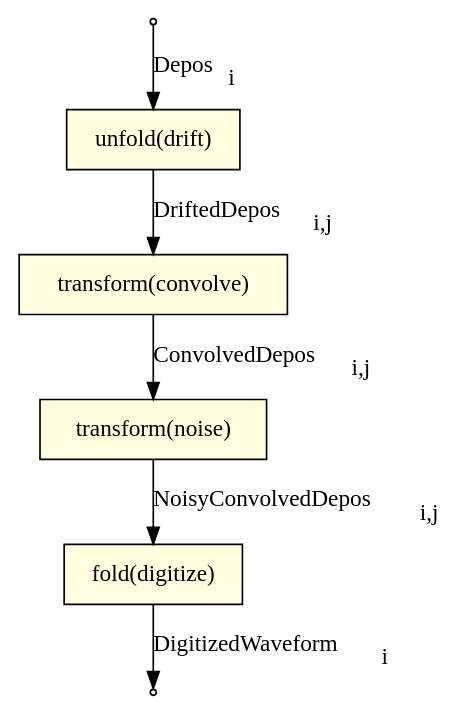
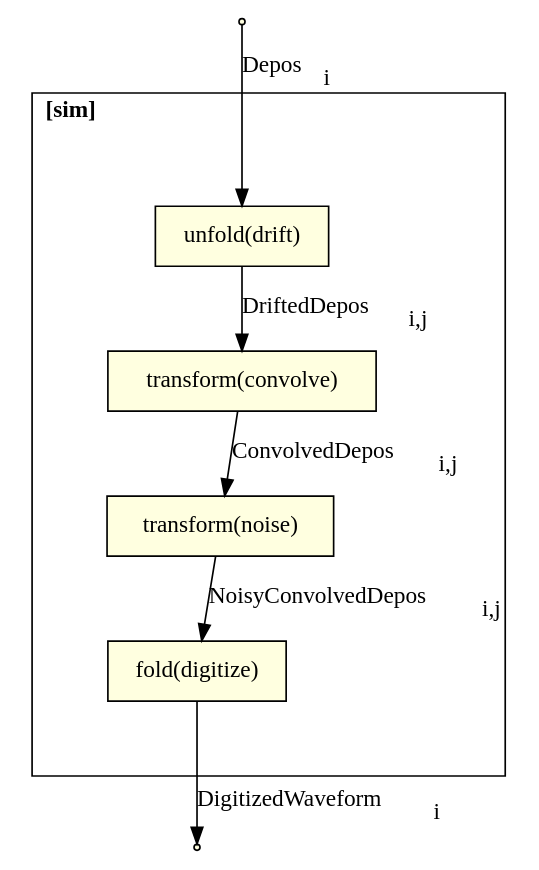
Before and after one commit to Framework-R-D/phlex-design: the diagram in workflows/wirecell-charge-waveform-sim-func.gv, drawn with Graphviz. The commit also changed 2 other files, not shown here.

```diff
--- a/workflows/wirecell-charge-waveform-sim-func.gv
+++ b/workflows/wirecell-charge-waveform-sim-func.gv
@@ -1,17 +1,23 @@
 digraph g {
   node [shape=rounded, style=filled, fillcolor=lightyellow];
 
   source [label="input", shape=point, style=filled]
-  unfold [label="unfold(drift)"]
-  noise [label="transform(noise)"]
-  convolve [label="transform(convolve)"]
-  fold[label="fold(digitize)"]
+
+  subgraph cluster_sim {
+    label=<<b>[sim]</b>>
+    labeljust=left
+    margin=45
+    unfold [label="unfold(drift)"]
+    noise [label="transform(noise)"]
+    convolve [label="transform(convolve)"]
+    fold[label="fold(digitize)"]
+  }
   sink [label="output", shape=point, style=filled]
 
-  source -> unfold [label=<Depos<sub>i</sub>>]
-  unfold -> convolve [label=<DriftedDepos<sub>i,j</sub>>]
-  convolve -> noise [label=<ConvolvedDepos<sub>i,j</sub>>]
-  noise -> fold [label=<NoisyConvolvedDepos<sub>i,j</sub>>]
-  fold -> sink [label=<DigitizedWaveform<sub>i</sub>>]
+  source -> unfold [label=< Depos<sub>i</sub>>]
+  unfold -> convolve [label=< DriftedDepos<sub>i,j</sub>>]
+  convolve -> noise [label=< ConvolvedDepos<sub>i,j</sub>>]
+  noise -> fold [label=< NoisyConvolvedDepos<sub>i,j</sub>>]
+  fold -> sink [label=< DigitizedWaveform<sub>i</sub>>]
 
 }
```
